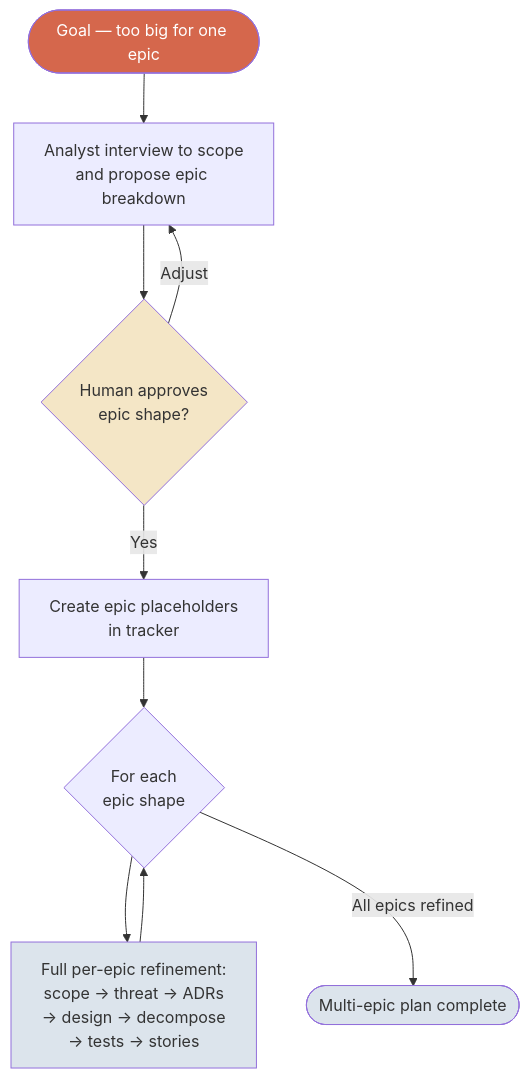
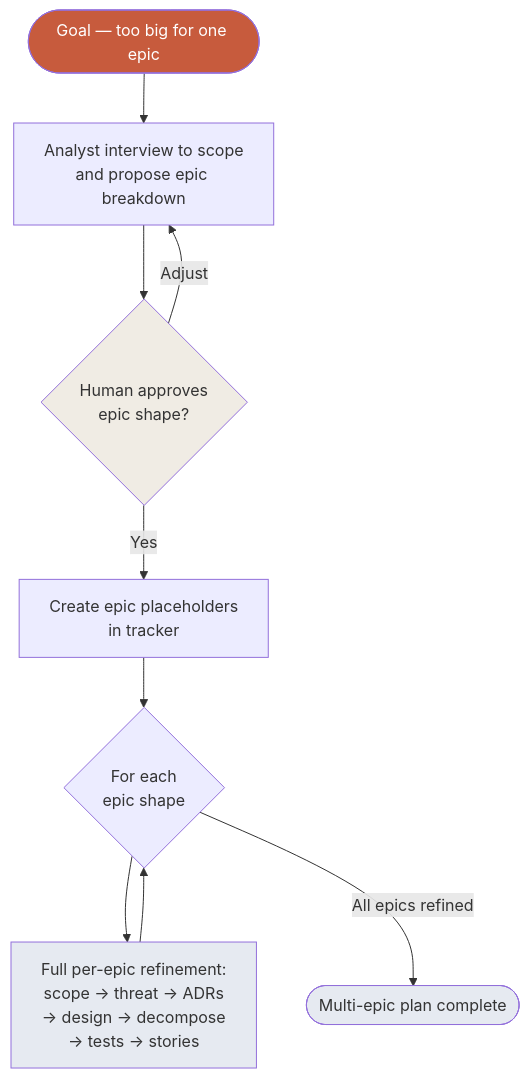
One commit to nlawstudio/ai-refinement-method changed the eighth of 17 diagrams in METHOD.md. Above: the diagram before and after it, drawn with Mermaid. The commit also changed other lines of this file and 4 other files, not shown here.

````diff
--- a/METHOD.md
+++ b/METHOD.md
@@ -510,17 +510,17 @@
 ```mermaid
 flowchart TB
     Goal([Goal — too big for one epic])
     Goal --> EpicAnalyst[Analyst interview to scope<br/>and propose epic breakdown]
     EpicAnalyst --> Review{Human approves<br/>epic shape?}
     Review -->|Adjust| EpicAnalyst
     Review -->|Yes| Epictracker[Create epic placeholders<br/>in tracker]
     Epictracker --> PerEpic{For each<br/>epic shape}
     PerEpic --> FullFlow[Full per-epic refinement:<br/>scope → threat → ADRs<br/>→ design → decompose<br/>→ tests → stories]
     FullFlow --> PerEpic
     PerEpic -->|All epics refined| Complete([Multi-epic plan complete])
 
-    style Goal fill:#D5674C,color:#fff
-    style Review fill:#F4E6C6
-    style FullFlow fill:#DCE4EC
-    style Complete fill:#DCE4EC
+    style Goal fill:#C75B3D,color:#fff
+    style Review fill:#F0ECE4
+    style FullFlow fill:#E6EAF1
+    style Complete fill:#E6EAF1
 ```
````
